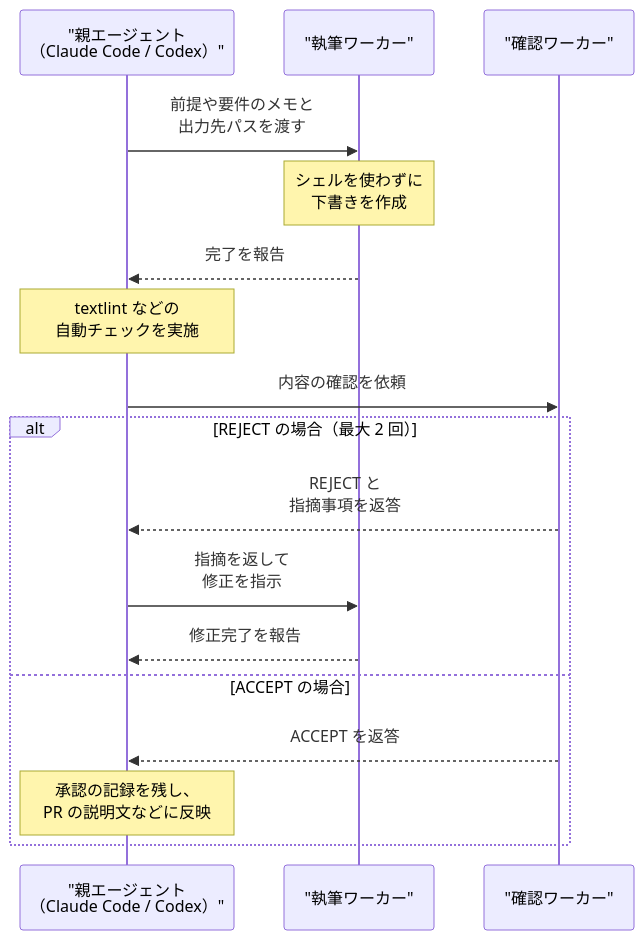
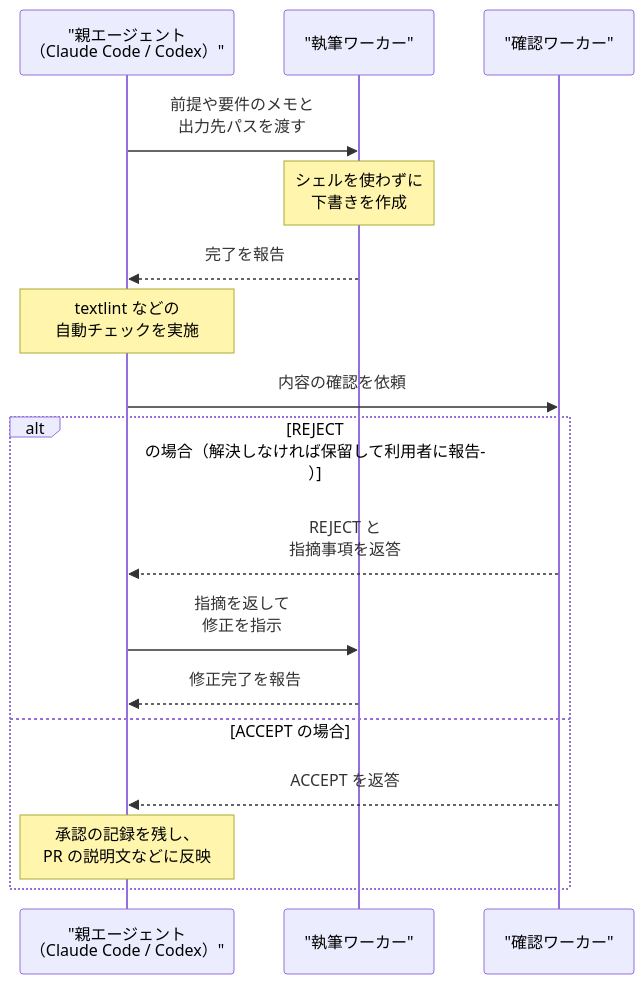
The second of 2 diagrams in articles/agy-gemini-japanese-skill.md (shunk031/zenn-contents), drawn with Mermaid before and after one commit. The commit also changed other lines of this file, not shown here.

````diff
--- a/articles/agy-gemini-japanese-skill.md
+++ b/articles/agy-gemini-japanese-skill.md
@@ -151,20 +154,20 @@
 ```mermaid
 sequenceDiagram
     participant Parent as "親エージェント<br>（Claude Code / Codex）"
     participant Writer as "執筆ワーカー"
     participant Reviewer as "確認ワーカー"
 
     Parent->>Writer: 前提や要件のメモと<br>出力先パスを渡す
     Note over Writer: シェルを使わずに<br>下書きを作成
     Writer-->>Parent: 完了を報告
     Note over Parent: textlint などの<br>自動チェックを実施
     Parent->>Reviewer: 内容の確認を依頼
-    alt REJECT の場合（最大 2 回）
+    alt REJECT の場合（解決しなければ保留して利用者に報告）
         Reviewer-->>Parent: REJECT と<br>指摘事項を返答
         Parent->>Writer: 指摘を返して<br>修正を指示
         Writer-->>Parent: 修正完了を報告
     else ACCEPT の場合
         Reviewer-->>Parent: ACCEPT を返答
         Note over Parent: 承認の記録を残し、<br>PR の説明文などに反映
     end
 ```
````
